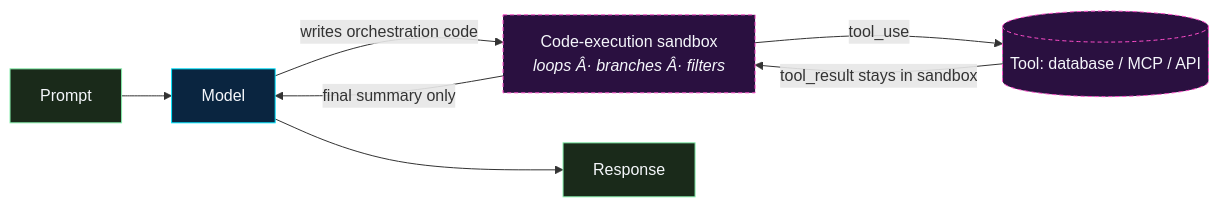
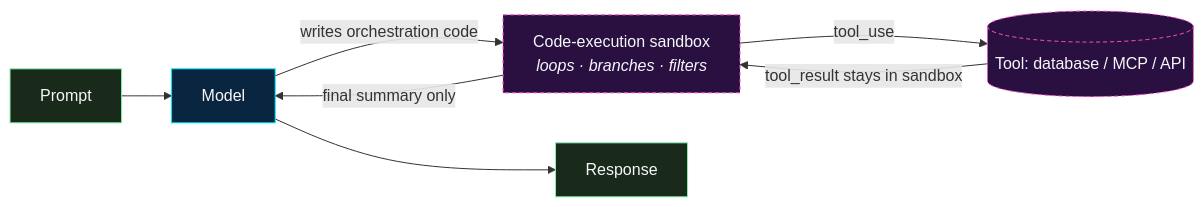
Before and after one commit to stevologic/security-recipes.ai: the third of 6 diagrams in content/fundamentals/emerging-patterns/_index.md, drawn with Mermaid. The commit also changed other lines of this file and 19 other files, not shown here.

````diff
--- a/content/fundamentals/emerging-patterns/_index.md
+++ b/content/fundamentals/emerging-patterns/_index.md
@@ -300,16 +300,16 @@
 ```mermaid
 flowchart LR
     P[Prompt] --> M[Model]
-    M -->|"writes orchestration code"| S["Code-execution sandbox<br/><i>loops Â· branches Â· filters</i>"]
+    M -->|"writes orchestration code"| S["Code-execution sandbox<br/><i>loops · branches · filters</i>"]
     S -->|tool_use| T[(Tool: database / MCP / API)]
     T -->|tool_result stays in sandbox| S
     S -->|final summary only| M
     M --> OUT[Response]
 
     classDef model fill:#0a2540,stroke:#00e5ff,color:#f5f7fb;
     classDef sandbox fill:#2a1040,stroke:#ff4ecb,color:#f5f7fb,stroke-dasharray: 4 3;
     classDef io fill:#1a2a1a,stroke:#86efac,color:#f5f7fb;
     class M model
     class S,T sandbox
     class P,OUT io
 ```
````
